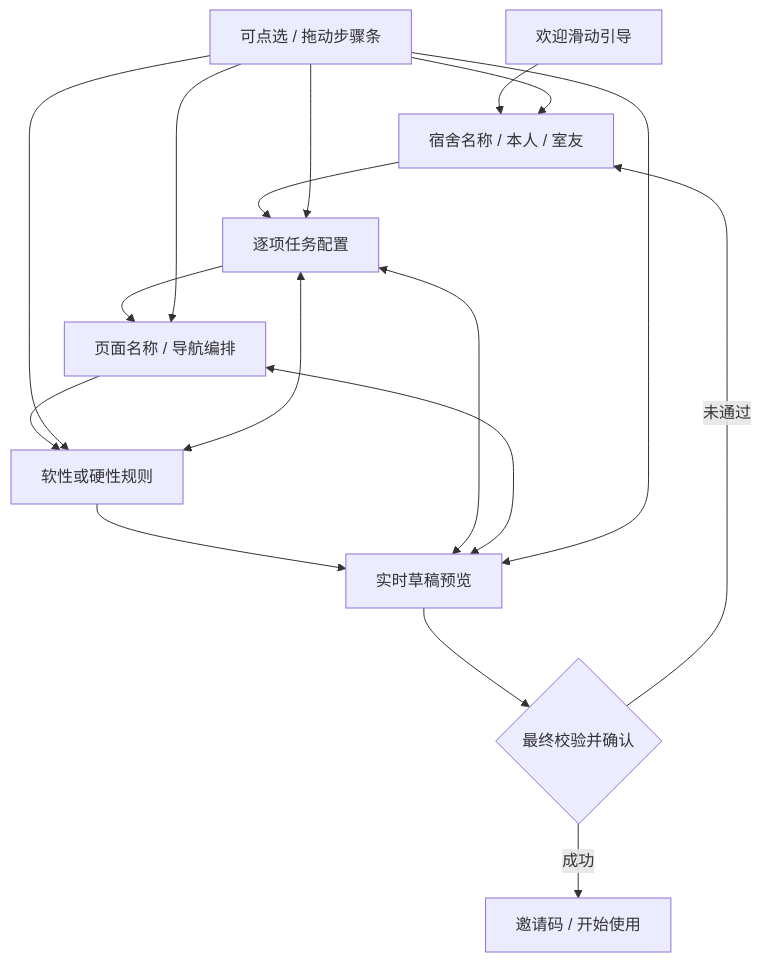
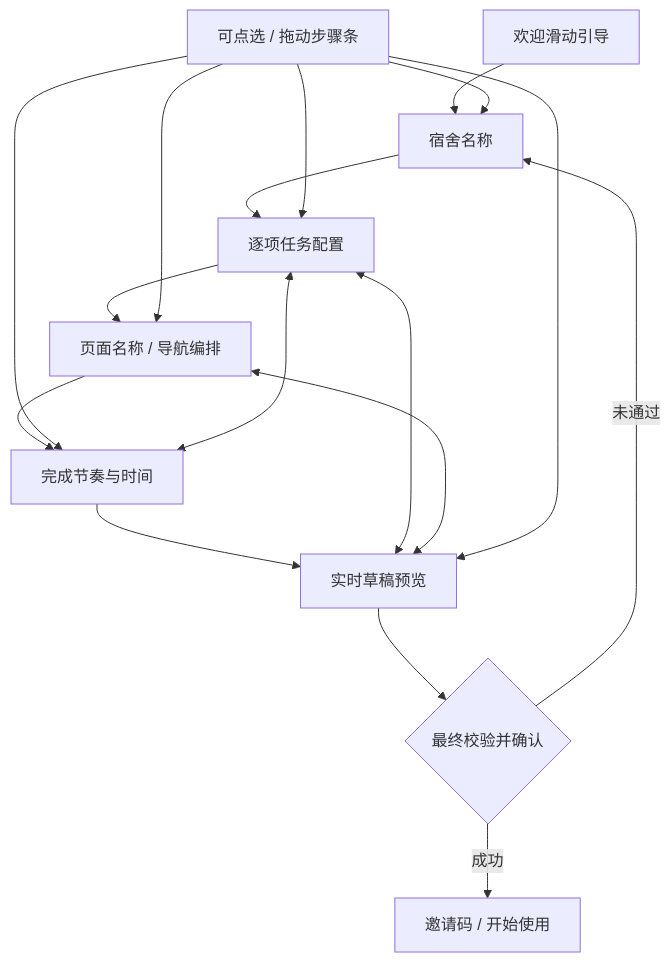
Before and after one commit to RUIAN12138/dorm-duty: the diagram in docs/NEW_DORM_WIZARD.md, drawn with Mermaid. The commit also changed other lines of this file and 19 other files, not shown here.

````diff
--- a/docs/NEW_DORM_WIZARD.md
+++ b/docs/NEW_DORM_WIZARD.md
@@ -7,19 +7,19 @@
 ```mermaid
 flowchart TD
- W[欢迎滑动引导] --> B[宿舍名称 / 本人 / 室友]
+ W[欢迎滑动引导] --> B[宿舍名称]
  B --> T[逐项任务配置]
  T --> L[页面名称 / 导航编排]
- L --> R[软性或硬性规则]
+ L --> R[完成节奏与时间]
  R --> P[实时草稿预览]
  P --> C{最终校验并确认}
  C -->|成功| I[邀请码 / 开始使用]
  C -->|未通过| B
  T <--> P
  L <--> P
  R <--> T
  S[可点选 / 拖动步骤条] --> B
  S --> T
  S --> L
  S --> R
  S --> P
 ```
````
